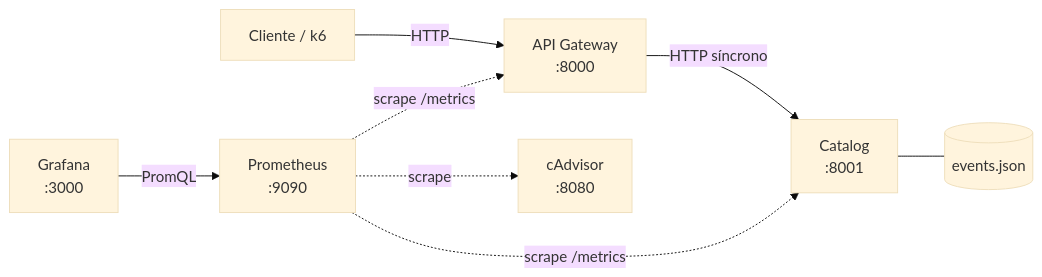
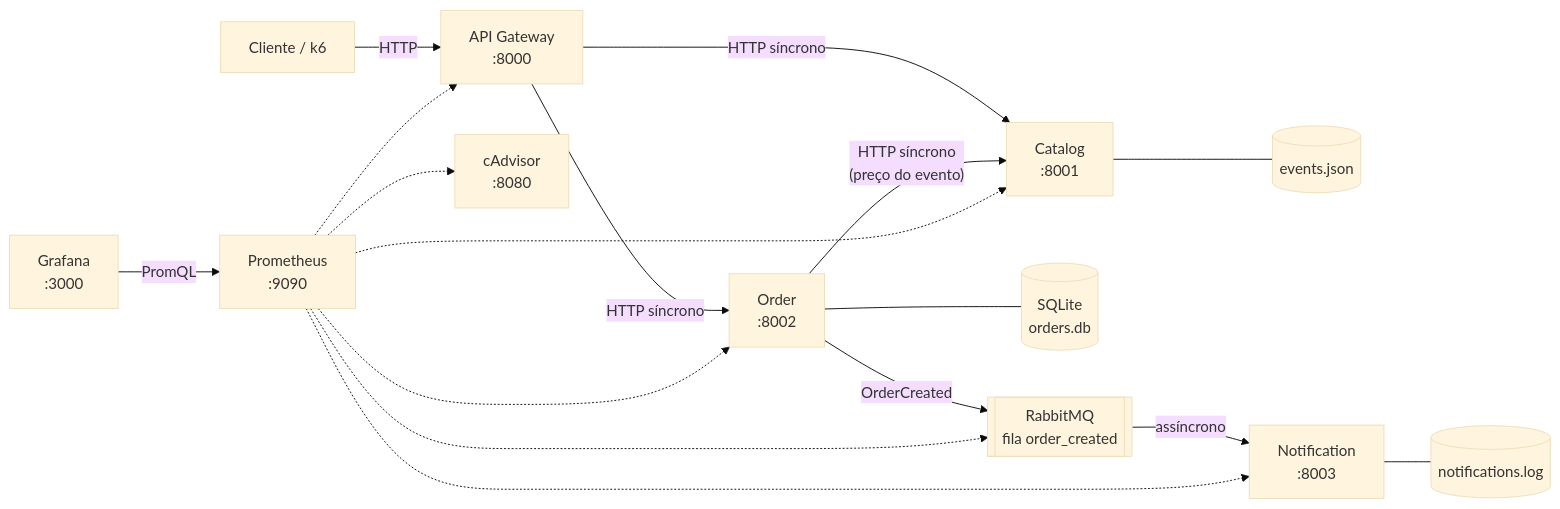
The diagram in README.md (JoaoPSVieira/SD-Ticketmei), drawn with Mermaid (base theme) before and after one commit. The commit also changed other lines of this file, not shown here.

````diff
--- a/README.md
+++ b/README.md
@@ -25,11 +30,15 @@
 ```mermaid
 flowchart LR
     client["Cliente / k6"] -->|HTTP| gw["API Gateway<br/>:8000"]
     gw -->|"HTTP síncrono"| cat["Catalog<br/>:8001"]
-    cat --- data[("events.json")]
+    gw -->|"HTTP síncrono"| ord["Order<br/>:8002"]
+    ord -->|"HTTP síncrono<br/>(preço do evento)"| cat
+    cat --- events[("events.json")]
+    ord --- db[("SQLite<br/>orders.db")]
+    ord -->|"OrderCreated"| mq[["RabbitMQ<br/>fila order_created"]]
+    mq -->|"assíncrono"| notif["Notification<br/>:8003"]
+    notif --- log[("notifications.log")]
 
-    prom["Prometheus<br/>:9090"] -.->|"scrape /metrics"| gw
-    prom -.->|"scrape /metrics"| cat
-    prom -.->|scrape| cadv["cAdvisor<br/>:8080"]
+    prom["Prometheus<br/>:9090"] -.-> gw & cat & ord & notif & mq & cadv["cAdvisor<br/>:8080"]
     graf["Grafana<br/>:3000"] -->|PromQL| prom
 ```
````
